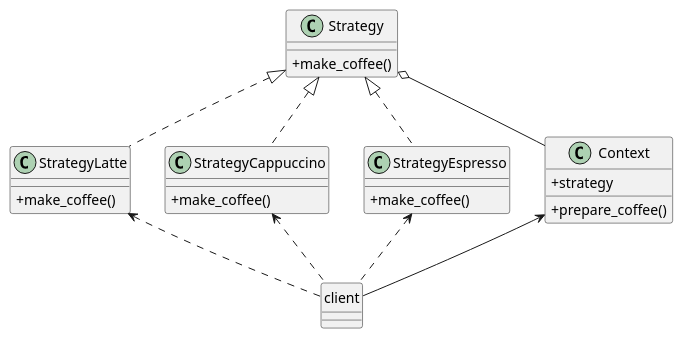
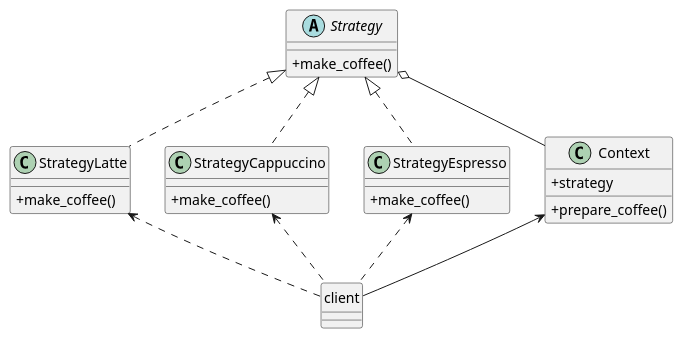
Before and after one commit to VolleyballPlayer/design-patterns: the diagram in docs/source/pattern_description/strategy.rst, drawn with PlantUML. The commit also changed 4 other files, not shown here.

```diff
--- a/docs/source/pattern_description/strategy.rst
+++ b/docs/source/pattern_description/strategy.rst
@@ -101,42 +101,42 @@
 .. uml::
 
     @startuml
 
         skinparam classAttributeIconSize 0
 
         StrategyLatte <.. client
         StrategyCappuccino <.. client
         StrategyEspresso <.. client
 
         Context <-- client
 
         Strategy <|.. StrategyLatte
         Strategy <|.. StrategyCappuccino
         Strategy <|.. StrategyEspresso
 
         Strategy o-- Context
 
-        class Strategy {
+        abstract class Strategy {
         + make_coffee()
         }
 
         class StrategyLatte {
         + make_coffee()
         }
 
         class StrategyCappuccino {
         + make_coffee()
         }
 
         class StrategyEspresso {
         + make_coffee()
         }
 
         class Context {
         + strategy
         + prepare_coffee()
         }
 
         hide client circle
 
     @enduml
```
